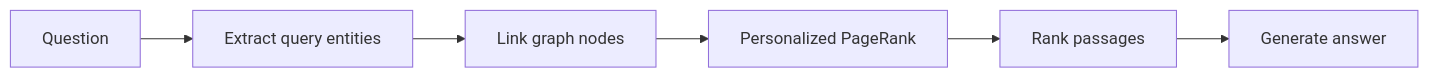
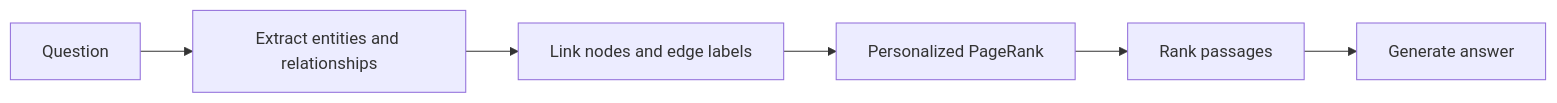
One commit to Subhash3/wiki-base changed the second of 2 diagrams in packages/graph-rag/README.md. Above: the diagram before and after it, drawn with Mermaid. The commit also changed other lines of this file and 35 other files, not shown here.

Commit message:
Integrate Graph Rag with wiki-base

````diff
--- a/packages/graph-rag/README.md
+++ b/packages/graph-rag/README.md
@@ -57,8 +57,8 @@
 ```mermaid
 flowchart LR
-    A[Question] --> B[Extract query entities]
-    B --> C[Link graph nodes]
+    A[Question] --> B[Extract entities and relationships]
+    B --> C[Link nodes and edge labels]
     C --> D[Personalized PageRank]
     D --> E[Rank passages]
     E --> F[Generate answer]
 ```
````
